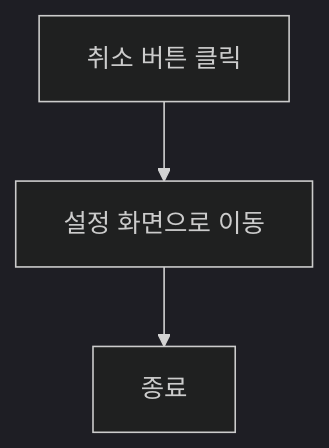
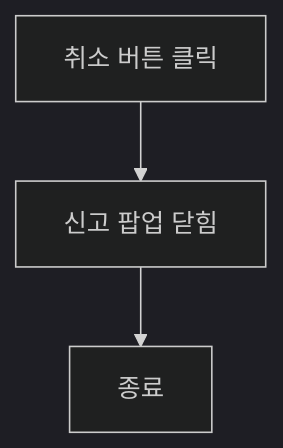
One commit to Dev-FE-2/3_swim_diary changed diagram 34 of 40 in design/기능정의서.md. Above: the diagram before and after it, drawn with Mermaid (dark theme). The commit also changed other lines of this file and 1 other file, not shown here.

````diff
--- a/design/기능정의서.md
+++ b/design/기능정의서.md
@@ -348,5 +787,5 @@
     ```mermaid
     flowchart TD
-    A[취소 버튼 클릭] --> B[설정 화면으로 이동]
+    A[취소 버튼 클릭] --> B[신고 팝업 닫힘]
     B --> Z[종료]
     ```
````
